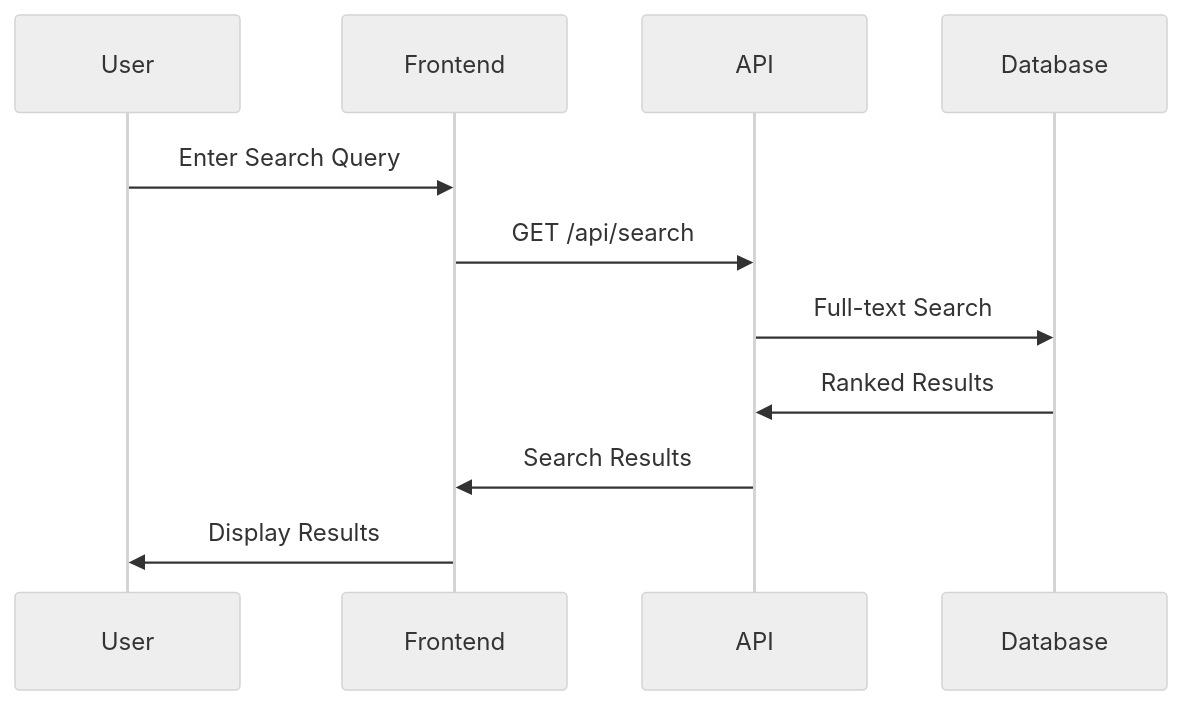
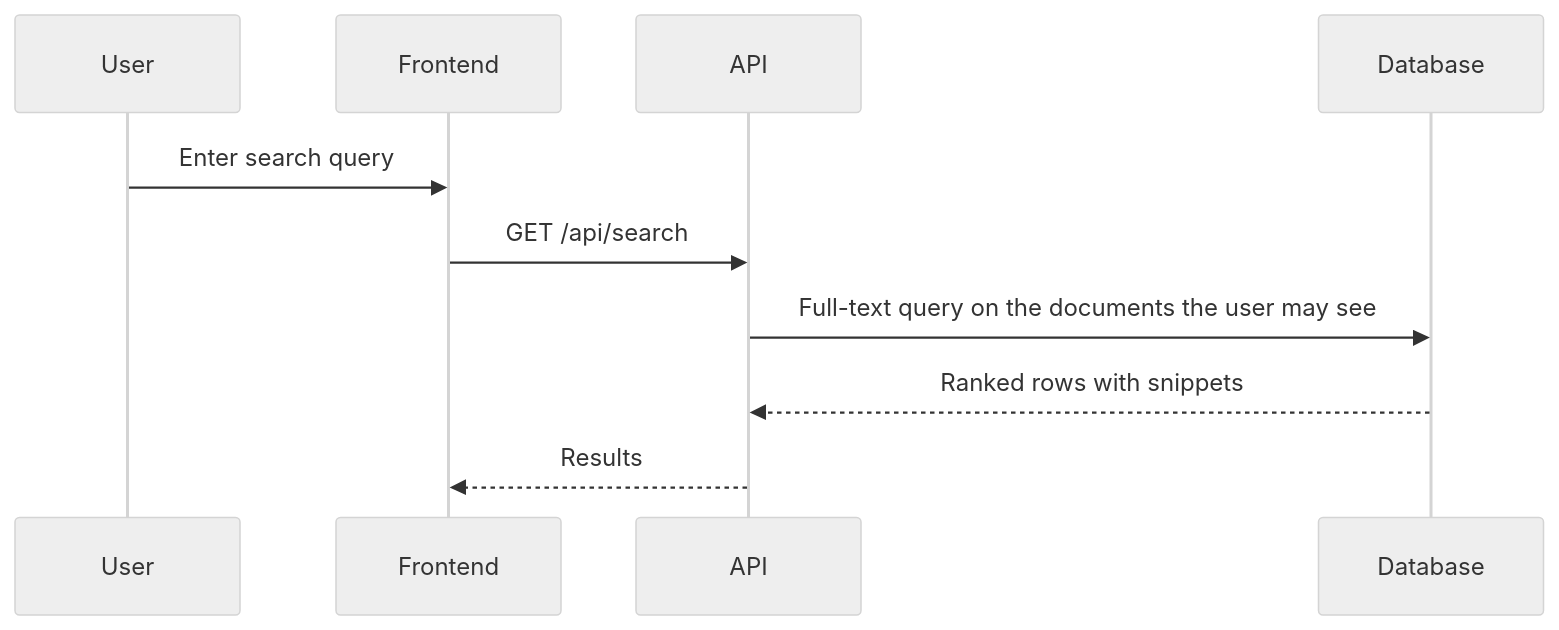
Before and after one commit to readur/readur: the second of 2 diagrams in docs/dev/architecture.md, drawn with Mermaid (neutral theme). The commit also changed other lines of this file and 509 other files, not shown here.

````diff
--- a/docs/dev/architecture.md
+++ b/docs/dev/architecture.md
@@ -180,9 +152,8 @@
 ```mermaid
 sequenceDiagram
-    User->>Frontend: Enter Search Query
+    User->>Frontend: Enter search query
     Frontend->>API: GET /api/search
-    API->>Database: Full-text Search
-    Database->>API: Ranked Results
-    API->>Frontend: Search Results
-    Frontend->>User: Display Results
+    API->>Database: Full-text query on the documents the user may see
+    Database-->>API: Ranked rows with snippets
+    API-->>Frontend: Results
 ```
````
